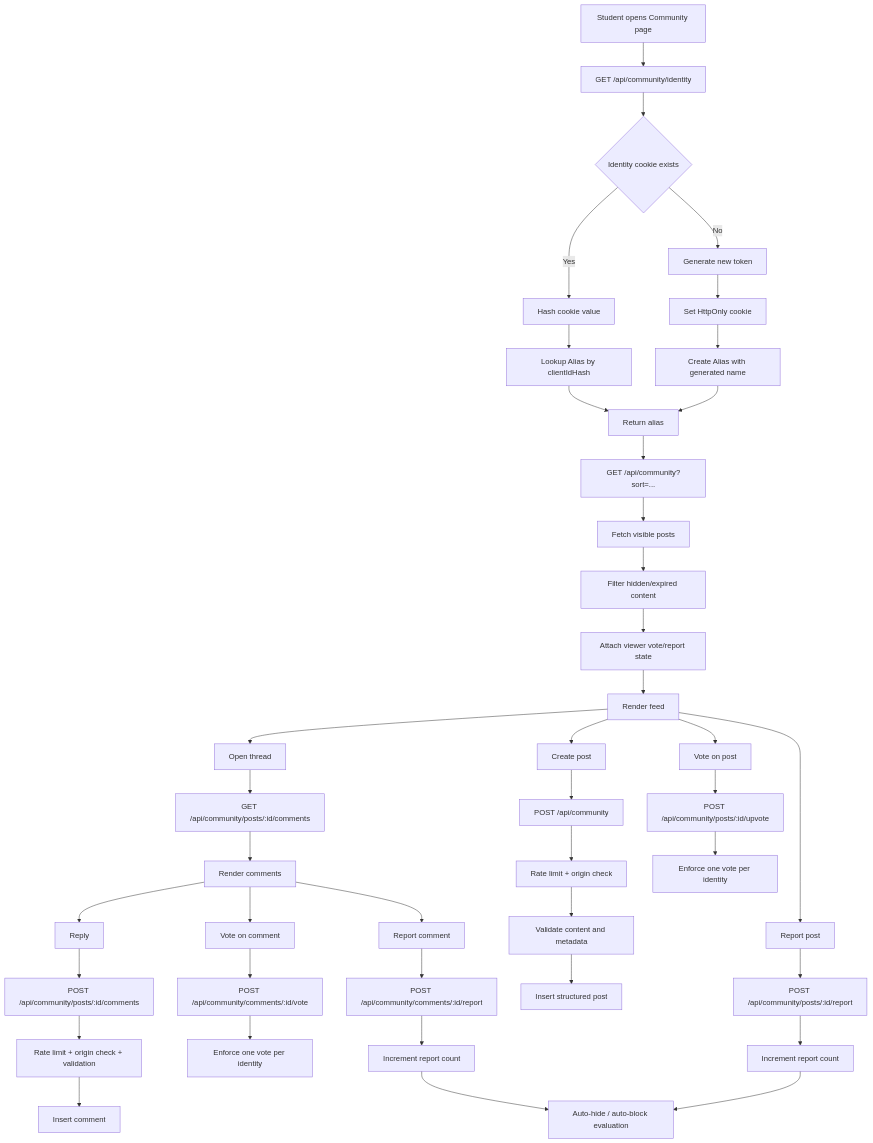
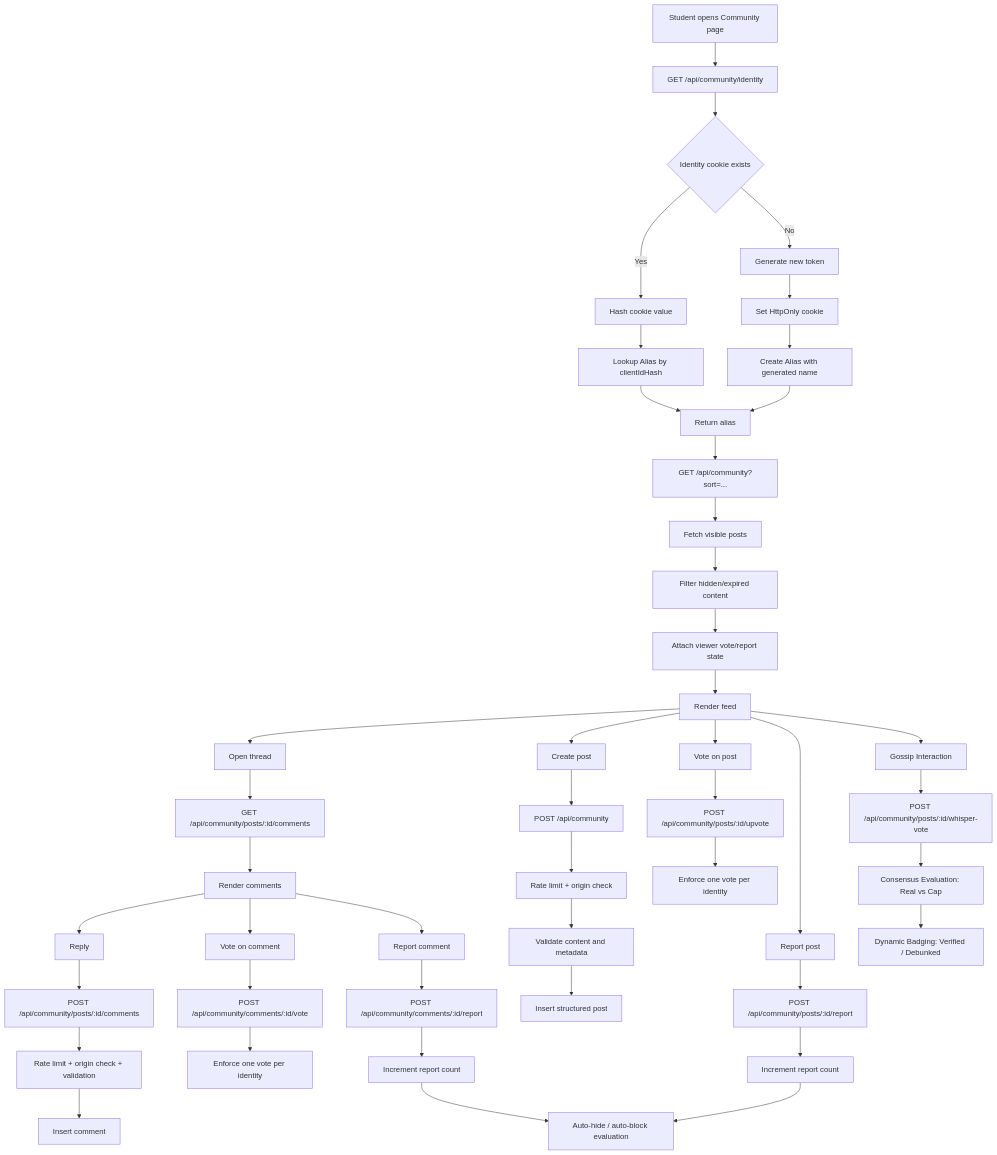
One commit to yashsrivastava1408/ExamOracle changed the third of 3 diagrams in README.md. Above: the diagram before and after it, drawn with Mermaid. The commit also changed other lines of this file and 15 other files, not shown here.

````diff
--- a/README.md
+++ b/README.md
@@ -267,50 +285,55 @@
 ```mermaid
 flowchart TD
     A[Student opens Community page] --> B[GET /api/community/identity]
     B --> C{Identity cookie exists}
     C -->|Yes| D[Hash cookie value]
     C -->|No| E[Generate new token]
     E --> F[Set HttpOnly cookie]
     D --> G[Lookup Alias by clientIdHash]
     F --> H[Create Alias with generated name]
     G --> I[Return alias]
     H --> I
 
     I --> J[GET /api/community?sort=...]
     J --> K[Fetch visible posts]
     K --> L[Filter hidden/expired content]
     L --> M[Attach viewer vote/report state]
     M --> N[Render feed]
 
     N --> O[Open thread]
     O --> P[GET /api/community/posts/:id/comments]
     P --> Q[Render comments]
 
     N --> R[Create post]
     R --> S[POST /api/community]
     S --> T[Rate limit + origin check]
     T --> U[Validate content and metadata]
     U --> V[Insert structured post]
 
     Q --> W[Reply]
     W --> X[POST /api/community/posts/:id/comments]
     X --> Y[Rate limit + origin check + validation]
     Y --> Z[Insert comment]
 
     N --> AA[Vote on post]
     AA --> AB[POST /api/community/posts/:id/upvote]
     AB --> AC[Enforce one vote per identity]
 
     Q --> AD[Vote on comment]
     AD --> AE[POST /api/community/comments/:id/vote]
     AE --> AF[Enforce one vote per identity]
 
     N --> AG[Report post]
     AG --> AH[POST /api/community/posts/:id/report]
     Q --> AI[Report comment]
     AI --> AJ[POST /api/community/comments/:id/report]
     AH --> AK[Increment report count]
     AJ --> AL[Increment report count]
     AK --> AM[Auto-hide / auto-block evaluation]
     AL --> AM
+
+    N --> WG[Gossip Interaction]
+    WG --> TMV[POST /api/community/posts/:id/whisper-vote]
+    TMV --> CSB[Consensus Evaluation: Real vs Cap]
+    CSB --> BGE[Dynamic Badging: Verified / Debunked]
 ```
````
